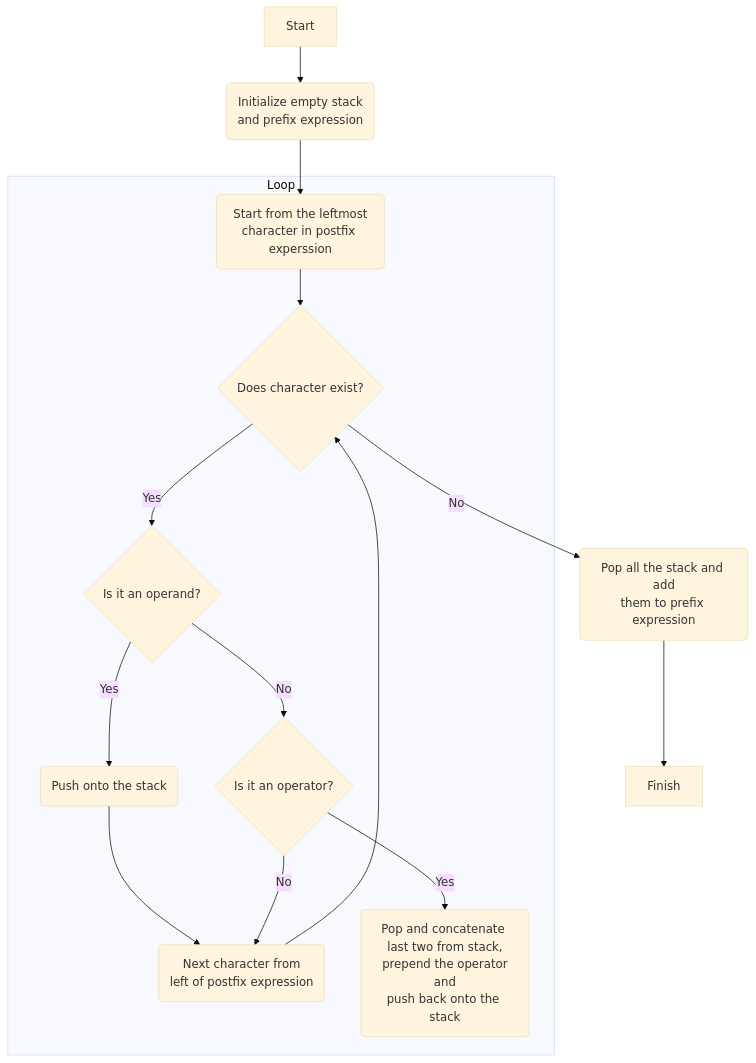
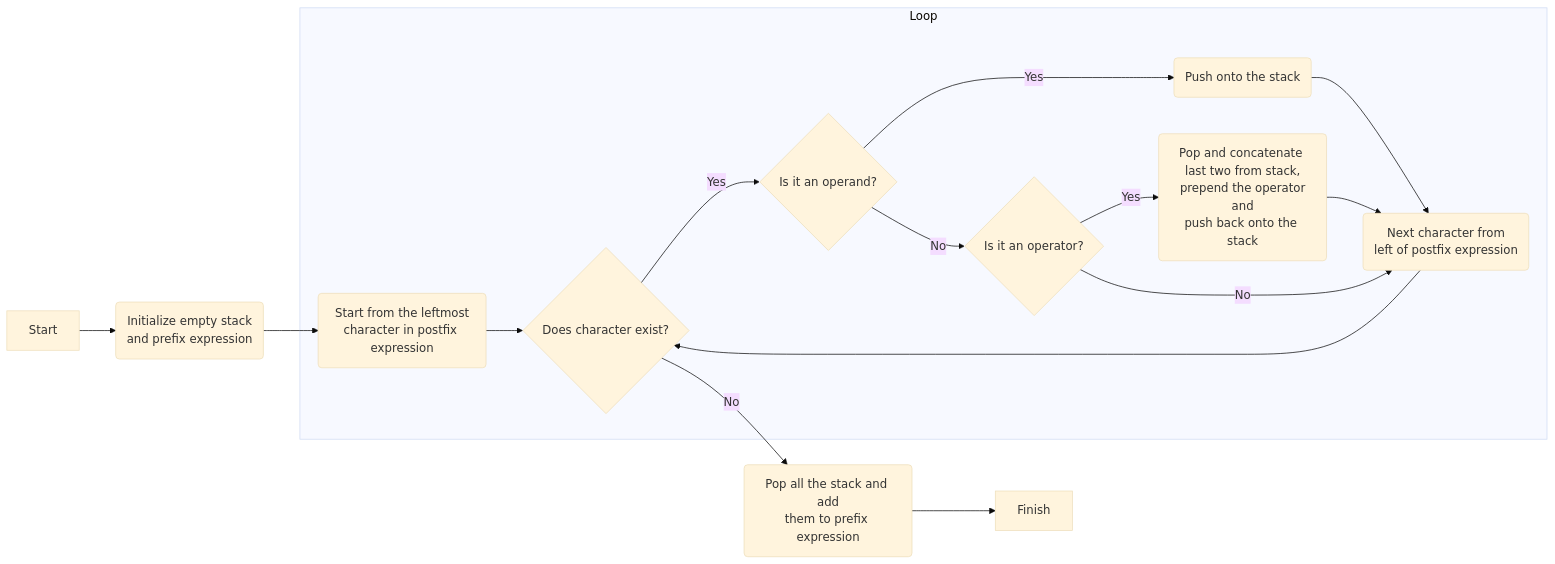
One commit to bornalgo/cpp-expression-conversions changed the sixth of 6 diagrams in README.md. Above: the diagram before and after it, drawn with Mermaid (base theme). The commit also changed other lines of this file, not shown here.

````diff
--- a/README.md
+++ b/README.md
@@ -586,18 +455,19 @@
 ```mermaid
-graph TD;
+graph LR;
 
 Start --> Initialize("Initialize empty stack\nand prefix expression")
-Initialize --> LoopStart("Start from the leftmost\ncharacter in postfix experssion")
+Initialize --> LoopStart("Start from the leftmost\ncharacter in postfix expression")
 subgraph Loop
 LoopStart --> Exists{"Does character exist?"}
 Exists --> |Yes| IsOperand{"Is it an operand?"}
 IsOperand --> |Yes| Push("Push onto the stack")
 Push --> Next("Next character from\nleft of postfix expression")
 IsOperand --> |No| IsOperator{"Is it an operator?"}
 IsOperator --> |Yes| Add("Pop and concatenate last two from stack,\n prepend the operator and\npush back onto the stack")
+Add --> Next
 IsOperator --> |No| Next
 Next --> Exists
 end
 Exists --> |No| LoopExit("Pop all the stack and add\nthem to prefix expression")
 LoopExit --> Finish
 ```
````
